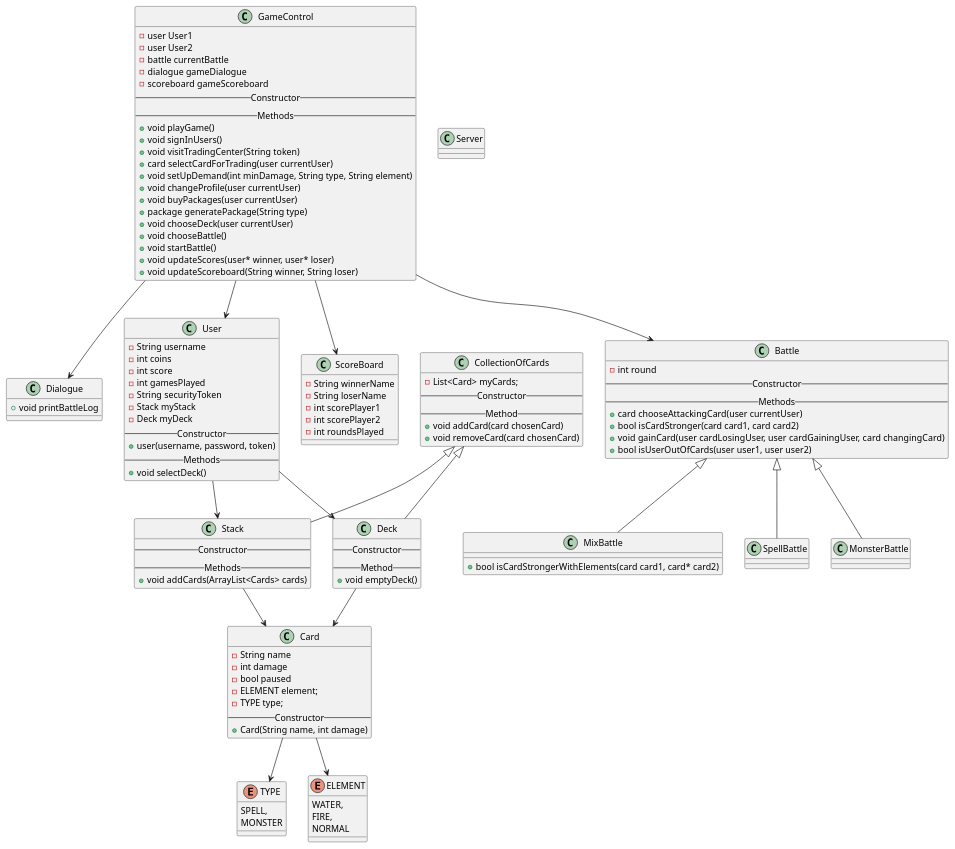
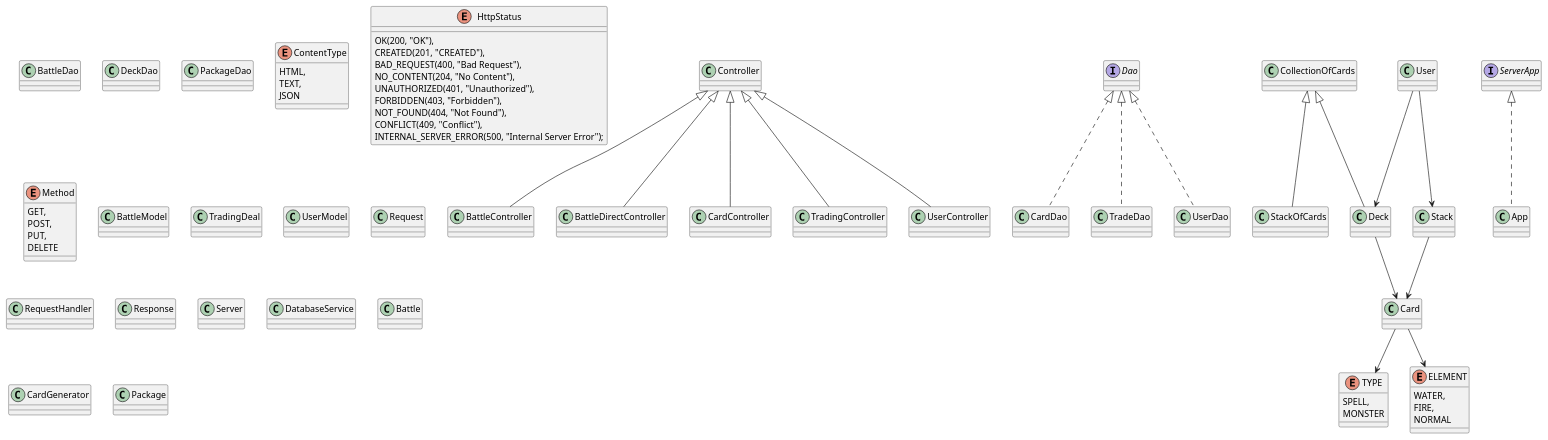
The diagram in Monster-Trading-Card-Game/Diagrams/classdiagram.puml (marlis-t/MonsterTradingCardGame), drawn with PlantUML before and after one commit. The commit also changed 12 other files, not shown here.

```diff
--- a/Monster-Trading-Card-Game/Diagrams/classdiagram.puml
+++ b/Monster-Trading-Card-Game/Diagrams/classdiagram.puml
@@ -1,126 +1,115 @@
 @startuml
-class User{
-    -String username
-    -int coins
-    -int score
-    -int gamesPlayed
-    -String securityToken
-    -Stack myStack
-    -Deck myDeck
-    --Constructor--
-    +user(username, password, token)
-    --Methods--
-    +void selectDeck()
+class Controller{
+}
+class BattleController extends Controller{
+}
+class BattleDirectController extends Controller{
+}
+class CardController extends Controller{
+}
+class TradingController extends Controller{
+}
+class UserController extends Controller{
 }
 
+class BattleDao{
+}
+class CardDao implements Dao{
+}
+interface Dao{
+}
+class DeckDao{
+}
+class PackageDao{
+}
+class TradeDao implements Dao{
+}
+class UserDao implements Dao{
+}
+
+enum ContentType{
+    HTML,
+    TEXT,
+    JSON
+}
+enum HttpStatus{
+    OK(200, "OK"),
+    CREATED(201, "CREATED"),
+    BAD_REQUEST(400, "Bad Request"),
+    NO_CONTENT(204, "No Content"),
+    UNAUTHORIZED(401, "Unauthorized"),
+    FORBIDDEN(403, "Forbidden"),
+    NOT_FOUND(404, "Not Found"),
+    CONFLICT(409, "Conflict"),
+    INTERNAL_SERVER_ERROR(500, "Internal Server Error");
+}
+enum Method{
+     GET,
+     POST,
+     PUT,
+     DELETE
+}
+
+class BattleModel{
+}
+class Card{
+}
+class TradingDeal{
+}
+class UserModel{
+}
+
+class Request{
+}
+class RequestHandler{
+}
+class Response{
+}
 class Server{
+}
+Interface ServerApp{
+}
+
+class DatabaseService{
+}
+
+class App implements ServerApp{
+}
+
+class Battle{
 }
 
 enum TYPE{
     SPELL,
     MONSTER
 }
-
 enum ELEMENT{
     WATER,
     FIRE,
     NORMAL
 }
-
-class Card{
-    -String name
-    -int damage
-    -bool paused
-    -ELEMENT element;
-    -TYPE type;
-    --Constructor--
-  +Card(String name, int damage)
+class CardGenerator{
 }
 class CollectionOfCards{
-    -List<Card> myCards;
-    --Constructor--
-    --Method--
-    +void addCard(card chosenCard)
-    +void removeCard(card chosenCard)
 }
 class Deck extends CollectionOfCards{
-    --Constructor--
-    --Method--
-    +void emptyDeck()
 }
-class Stack extends CollectionOfCards{
-    --Constructor--
-    --Methods--
-    +void addCards(ArrayList<Cards> cards)
+class Package{
 }
-class ScoreBoard{
-    -String winnerName
-    -String loserName
-    -int scorePlayer1
-    -int scorePlayer2
-    -int roundsPlayed
+class StackOfCards extends CollectionOfCards{
 }
 
-class Battle{
-    -int round
-    --Constructor--
-    --Methods--
-    +card chooseAttackingCard(user currentUser)
-    +bool isCardStronger(card card1, card card2)
-    +void gainCard(user cardLosingUser, user cardGainingUser, card changingCard)
-    +bool isUserOutOfCards(user user1, user user2)
+class User{
 }
-
-class MonsterBattle extends Battle{
-}
-
-class MixBattle extends Battle{
-    +bool isCardStrongerWithElements(card card1, card* card2)
-}
-
-class SpellBattle extends Battle{
-}
-
-class Dialogue{
-    +void printBattleLog
-}
-class GameControl{
- -user User1
- -user User2
- -battle currentBattle
- -dialogue gameDialogue
- -scoreboard gameScoreboard
- --Constructor--
- --Methods--
- +void playGame()
- +void signInUsers()
- +void visitTradingCenter(String token)
-  +card selectCardForTrading(user currentUser)
-  +void setUpDemand(int minDamage, String type, String element)
- +void changeProfile(user currentUser)
- +void buyPackages(user currentUser)
-  +package generatePackage(String type)
- +void chooseDeck(user currentUser)
- +void chooseBattle()
- +void startBattle()
-  +void updateScores(user* winner, user* loser)
-  +void updateScoreboard(String winner, String loser)
-}
-
-
-GameControl --> User
-GameControl --> ScoreBoard
-GameControl --> Battle
-GameControl --> Dialogue
 
 User --> Deck
 User --> Stack
 
 Deck --> Card
 
 Stack --> Card
 
 Card --> TYPE
 Card --> ELEMENT
 
 @enduml
```
